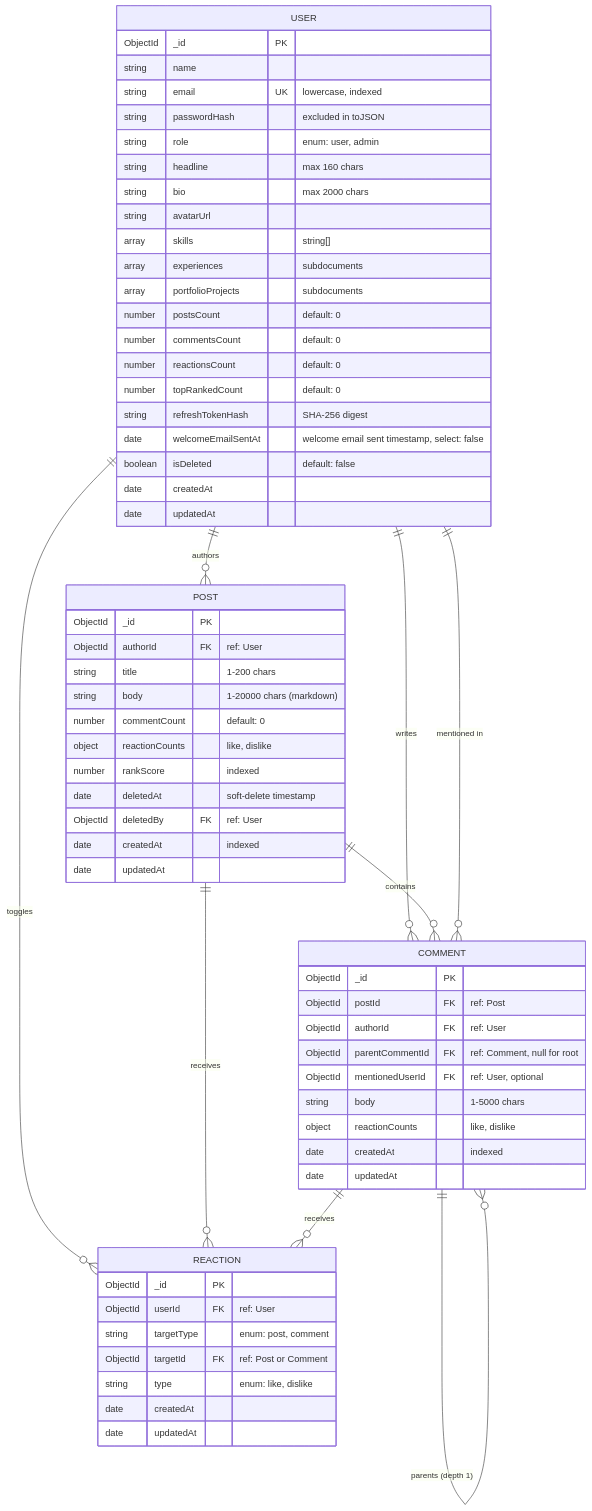
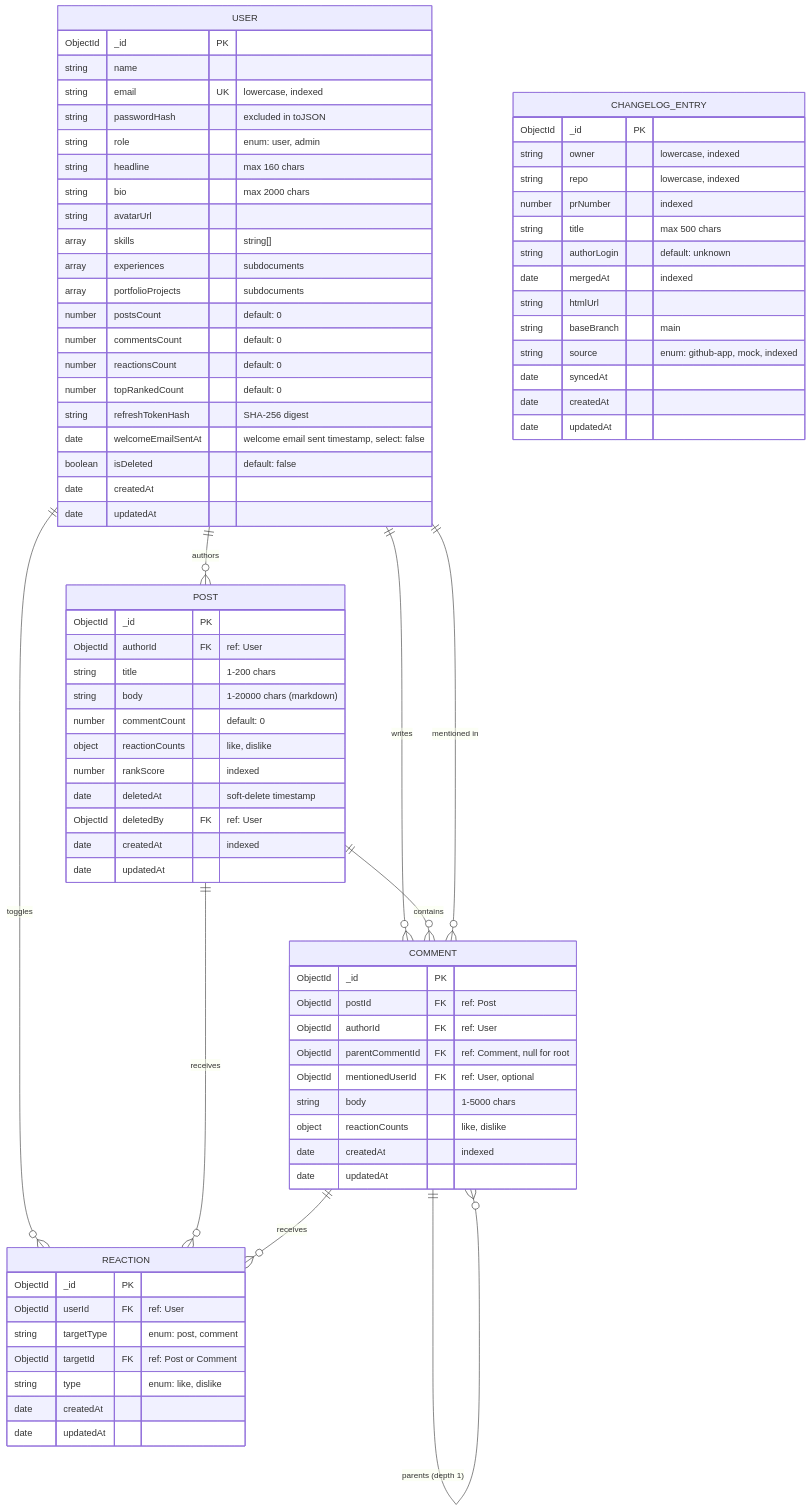
The diagram in docs/db-diagram.md (darksoul-atik/6S_Intern_Project), drawn with Mermaid before and after one commit. The commit also changed other lines of this file and 2 other files, not shown here.

Commit message:
docs: document changelog configuration, architecture, and ER diagram

````diff
--- a/docs/db-diagram.md
+++ b/docs/db-diagram.md
@@ -75,4 +75,20 @@
         date createdAt
         date updatedAt
     }
+
+    CHANGELOG_ENTRY {
+        ObjectId _id PK
+        string owner "lowercase, indexed"
+        string repo "lowercase, indexed"
+        number prNumber "indexed"
+        string title "max 500 chars"
+        string authorLogin "default: unknown"
+        date mergedAt "indexed"
+        string htmlUrl
+        string baseBranch "main"
+        string source "enum: github-app, mock, indexed"
+        date syncedAt
+        date createdAt
+        date updatedAt
+    }
 ```
````
